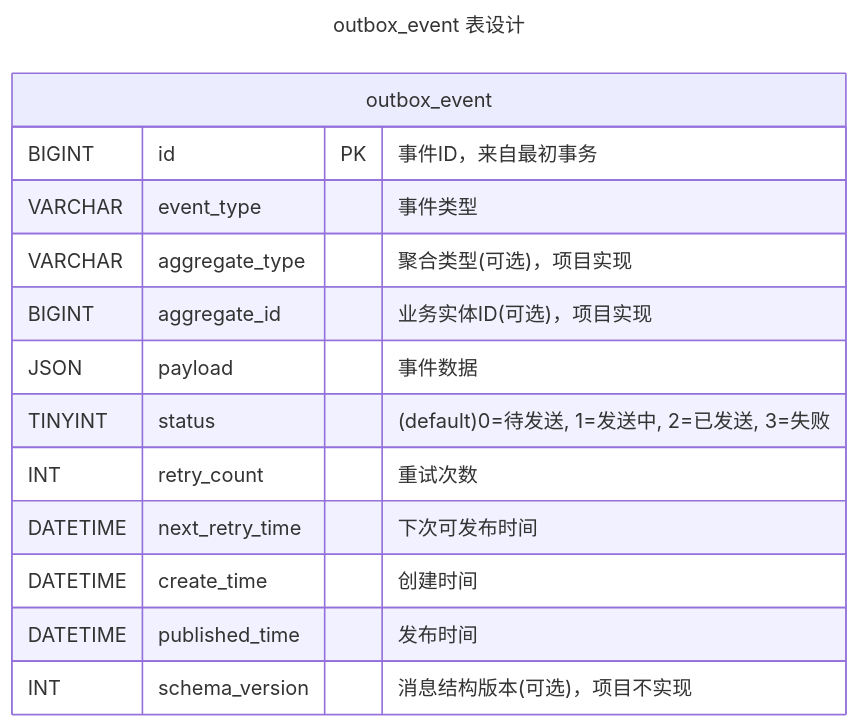
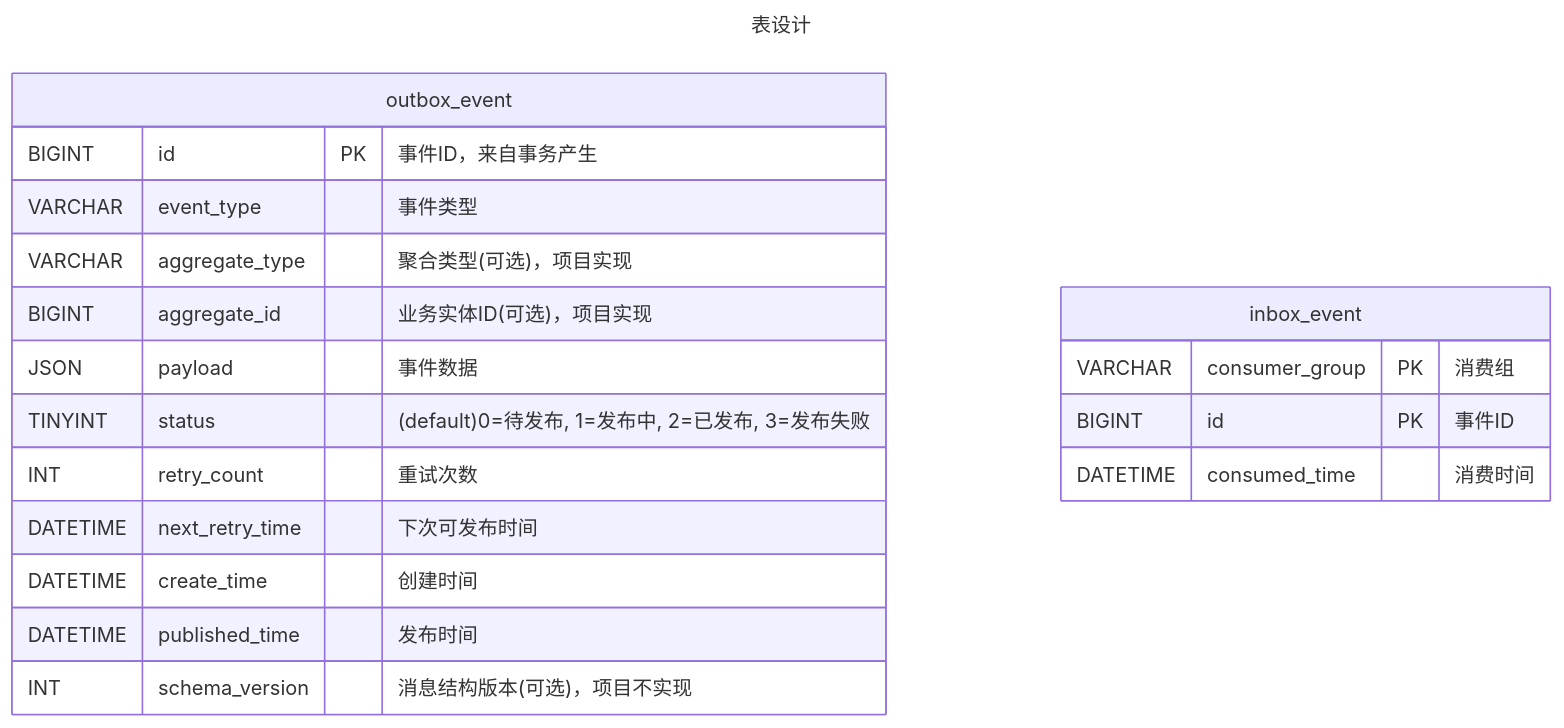
Before and after one commit to Nobeta-Work/faramita-bbs: the third of 3 diagrams in docs/v0.5/v0.5.0 更新日志.md, drawn with Mermaid. The commit also changed other lines of this file and 41 other files, not shown here.

````diff
--- a/docs/v0.5/v0.5.0 更新日志.md
+++ b/docs/v0.5/v0.5.0 更新日志.md
@@ -109,19 +134,24 @@
 ```mermaid
 ---
-title: outbox_event 表设计
+title: 表设计
 ---
 erDiagram
     outbox_event {
-        BIGINT id PK "事件ID，来自最初事务"
+        BIGINT id PK "事件ID，来自事务产生"
         VARCHAR event_type "事件类型"
         VARCHAR aggregate_type "聚合类型(可选)，项目实现"
         BIGINT aggregate_id "业务实体ID(可选)，项目实现"
         JSON payload "事件数据"
-        TINYINT status "(default)0=待发送, 1=发送中, 2=已发送, 3=失败"
+        TINYINT status "(default)0=待发布, 1=发布中, 2=已发布, 3=发布失败"
         INT retry_count "重试次数"
         DATETIME next_retry_time "下次可发布时间"
         DATETIME create_time "创建时间"
         DATETIME published_time "发布时间"
         INT schema_version "消息结构版本(可选)，项目不实现"
     }
+    inbox_event {
+        VARCHAR consumer_group PK "消费组"
+        BIGINT id PK "事件ID"
+        DATETIME consumed_time "消费时间"
+    }
 ```
````
